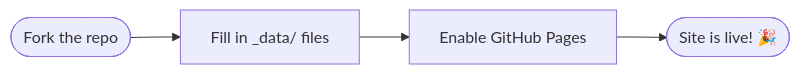
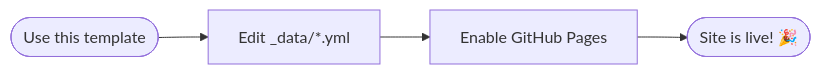
The first of 2 diagrams in _posts/2024-01-01-welcome.md (Arnaud-Ferriere/Cirrus-for-Jekyll), drawn with Mermaid before and after one commit. The commit also changed other lines of this file and 4 other files, not shown here.

````diff
--- a/_posts/2024-01-01-welcome.md
+++ b/_posts/2024-01-01-welcome.md
@@ -73,6 +71,6 @@
 ```mermaid
 flowchart LR
-    A([Fork the repo]) --> B[Fill in _data/ files]
+    A([Use this template]) --> B[Edit _data/*.yml]
     B --> C[Enable GitHub Pages]
     C --> D([Site is live! 🎉])
 ```
````
